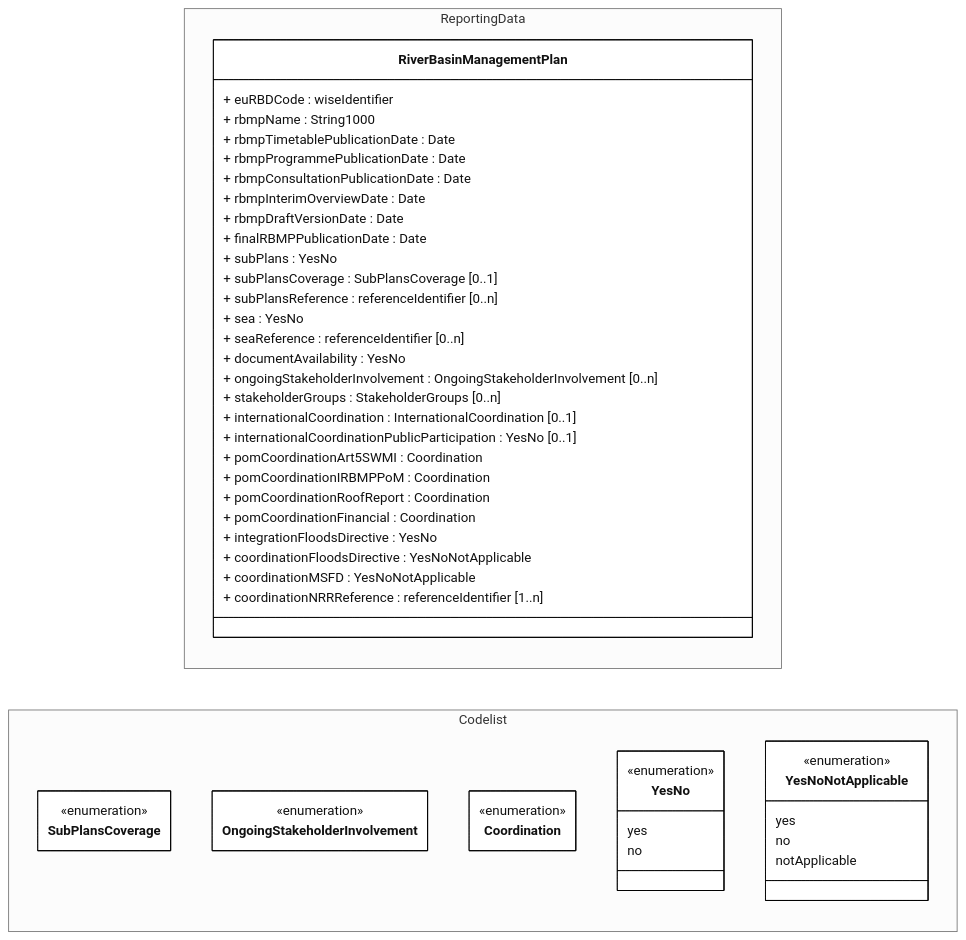
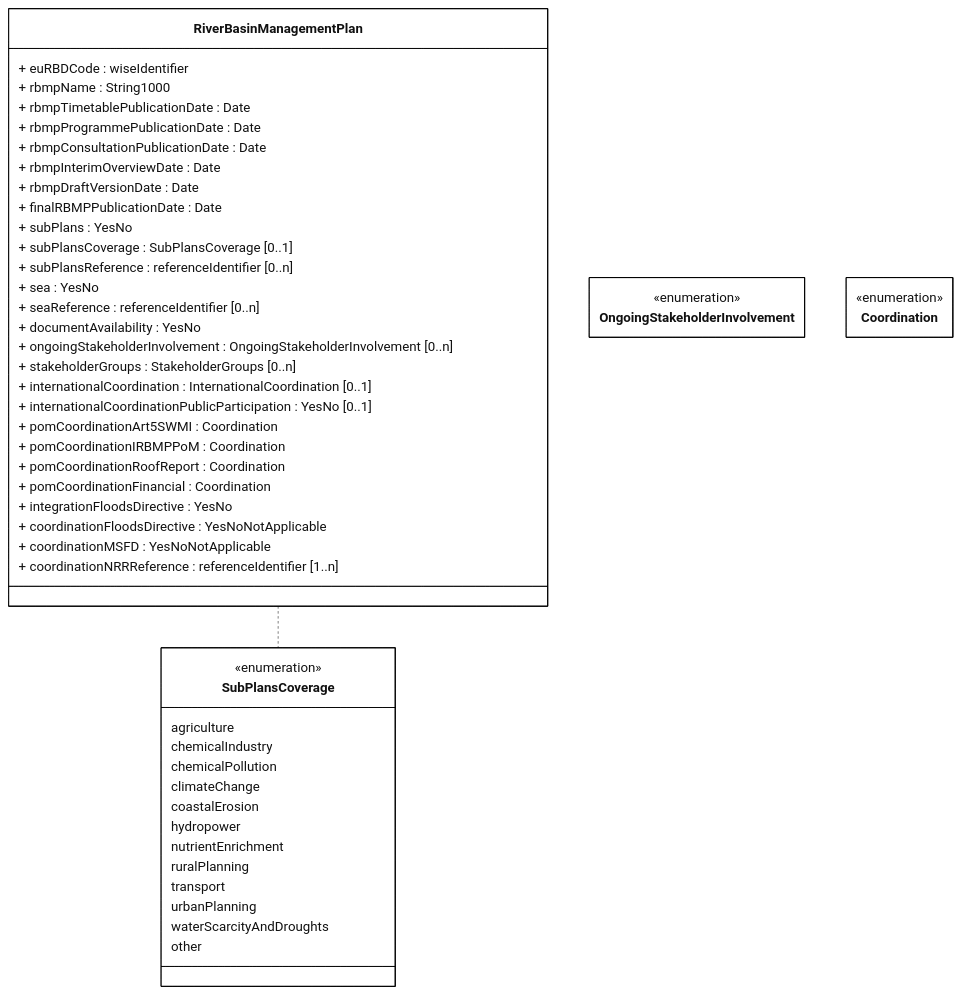
The diagram in docs/DataModelReview/mmd/Measures_4thCycle_RiverBasinManagementPlan_ClassDiagram.mmd (eeadata/WISE.WFD.Documentation), drawn with Mermaid before and after one commit.

Commit message:
Add SubPlansCoverage codelist

```diff
--- a/docs/DataModelReview/mmd/Measures_4thCycle_RiverBasinManagementPlan_ClassDiagram.mmd
+++ b/docs/DataModelReview/mmd/Measures_4thCycle_RiverBasinManagementPlan_ClassDiagram.mmd
@@ -1,72 +1,73 @@
 ---
 config:
   class:
     hideEmptyMembersBox: true
   layout: dagre
   theme: neutral
 ---
 classDiagram
-direction LR
-namespace ReportingData{
+direction TB
+
 class RiverBasinManagementPlan{
 + euRBDCode :  wiseIdentifier
 + rbmpName : String1000
 
 + rbmpTimetablePublicationDate : Date 
 + rbmpProgrammePublicationDate : Date 
 + rbmpConsultationPublicationDate : Date 
 + rbmpInterimOverviewDate : Date 
 + rbmpDraftVersionDate : Date 
 + finalRBMPPublicationDate : Date 
 
 + subPlans : YesNo
 + subPlansCoverage : SubPlansCoverage [0..1]
 + subPlansReference : referenceIdentifier [0..n]
 
 + sea : YesNo
 + seaReference : referenceIdentifier [0..n]
 
 + documentAvailability  : YesNo
 
 + ongoingStakeholderInvolvement : OngoingStakeholderInvolvement [0..n]
 + stakeholderGroups : StakeholderGroups [0..n]
 
 + internationalCoordination : InternationalCoordination [0..1]
 + internationalCoordinationPublicParticipation : YesNo [0..1]
 + pomCoordinationArt5SWMI : Coordination
 + pomCoordinationIRBMPPoM : Coordination
 + pomCoordinationRoofReport : Coordination
 + pomCoordinationFinancial : Coordination
 
 + integrationFloodsDirective : YesNo
 + coordinationFloodsDirective : YesNoNotApplicable
 + coordinationMSFD : YesNoNotApplicable
 
 + coordinationNRRReference : referenceIdentifier [1..n]
 }
-}
-namespace Codelist{
+
 class SubPlansCoverage{
     <<enumeration>>
+    agriculture
+    chemicalIndustry
+    chemicalPollution
+    climateChange
+    coastalErosion
+    hydropower
+    nutrientEnrichment
+    ruralPlanning
+    transport
+    urbanPlanning
+    waterScarcityAndDroughts
+    other
     }
 class OngoingStakeholderInvolvement{
     <<enumeration>>
     }
 class Coordination{
     <<enumeration>>
     }
-class YesNo{
-    <<enumeration>>
-    yes
-    no
-    }
-class YesNoNotApplicable{
-    <<enumeration>>
-    yes
-    no
-    notApplicable
-    }
-}
+
+RiverBasinManagementPlan .. SubPlansCoverage
 
 classDef default fill:white,stroke:#000;
 classDef forFixing fill:white,stroke:#f00;
```
